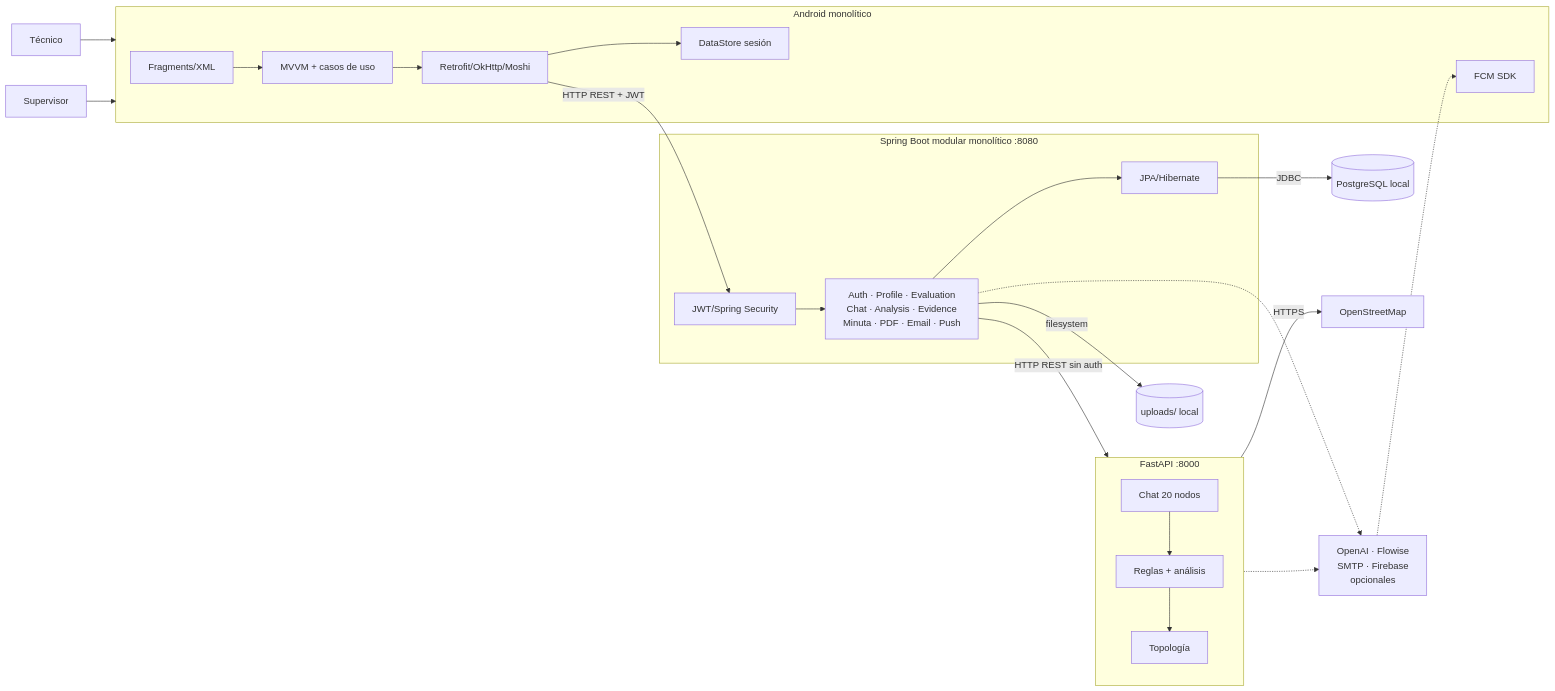
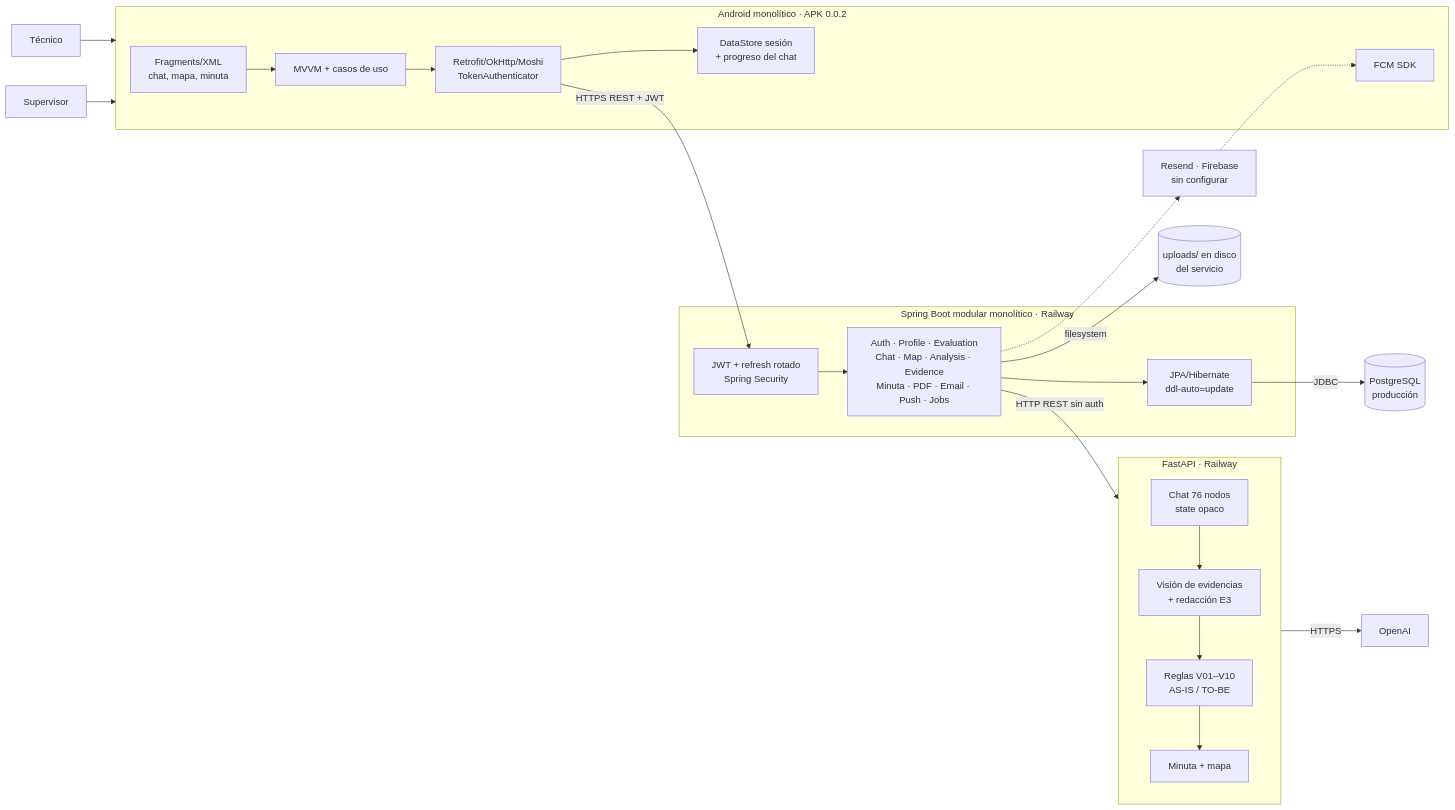
Before and after one commit to jagarell/AsistenteRedIDBI: the diagram in docs/architecture/architecture-as-is.md, drawn with Mermaid. The commit also changed other lines of this file and 14 other files, not shown here.

````diff
--- a/docs/architecture/architecture-as-is.md
+++ b/docs/architecture/architecture-as-is.md
@@ -5,45 +7,45 @@
 ```mermaid
 flowchart LR
     TECH[Técnico]
     SUP[Supervisor]
 
-    subgraph APP[Android monolítico]
-        SCREEN[Fragments/XML]
+    subgraph APP[Android monolítico · APK 0.0.2]
+        SCREEN[Fragments/XML<br/>chat, mapa, minuta]
         VM[MVVM + casos de uso]
-        HTTP[Retrofit/OkHttp/Moshi]
-        DS[DataStore sesión]
+        HTTP[Retrofit/OkHttp/Moshi<br/>TokenAuthenticator]
+        DS[DataStore sesión<br/>+ progreso del chat]
         FCMAPP[FCM SDK]
         SCREEN --> VM --> HTTP
         HTTP --> DS
     end
 
-    subgraph BACK[Spring Boot modular monolítico :8080]
-        SEC[JWT/Spring Security]
-        MODULES[Auth · Profile · Evaluation<br/>Chat · Analysis · Evidence<br/>Minuta · PDF · Email · Push]
-        JPA[JPA/Hibernate]
+    subgraph BACK[Spring Boot modular monolítico · Railway]
+        SEC[JWT + refresh rotado<br/>Spring Security]
+        MODULES[Auth · Profile · Evaluation<br/>Chat · Map · Analysis · Evidence<br/>Minuta · PDF · Email · Push · Jobs]
+        JPA[JPA/Hibernate<br/>ddl-auto=update]
         SEC --> MODULES --> JPA
     end
 
-    subgraph IA[FastAPI :8000]
-        CHAT[Chat 20 nodos]
-        RULE[Reglas + análisis]
-        TOP[Topología]
-        CHAT --> RULE --> TOP
+    subgraph IA[FastAPI · Railway]
+        CHAT[Chat 76 nodos<br/>state opaco]
+        VIS[Visión de evidencias<br/>+ redacción E3]
+        RULE[Reglas V01–V10<br/>AS-IS / TO-BE]
+        DOC[Minuta + mapa]
+        CHAT --> VIS --> RULE --> DOC
     end
 
-    DB[(PostgreSQL local)]
-    FS[(uploads/ local)]
-    EX[OpenStreetMap]
-    OPT[OpenAI · Flowise<br/>SMTP · Firebase<br/>opcionales]
+    DB[(PostgreSQL<br/>producción)]
+    FS[(uploads/ en disco<br/>del servicio)]
+    OAI[OpenAI]
+    OPT[Resend · Firebase<br/>sin configurar]
 
     TECH --> APP
     SUP --> APP
-    HTTP -->|HTTP REST + JWT| SEC
+    HTTP -->|HTTPS REST + JWT| SEC
     MODULES -->|HTTP REST sin auth| IA
     JPA -->|JDBC| DB
     MODULES -->|filesystem| FS
-    IA -->|HTTPS| EX
-    IA -.-> OPT
+    IA -->|HTTPS| OAI
     MODULES -.-> OPT
     OPT -.-> FCMAPP
 ```
````
